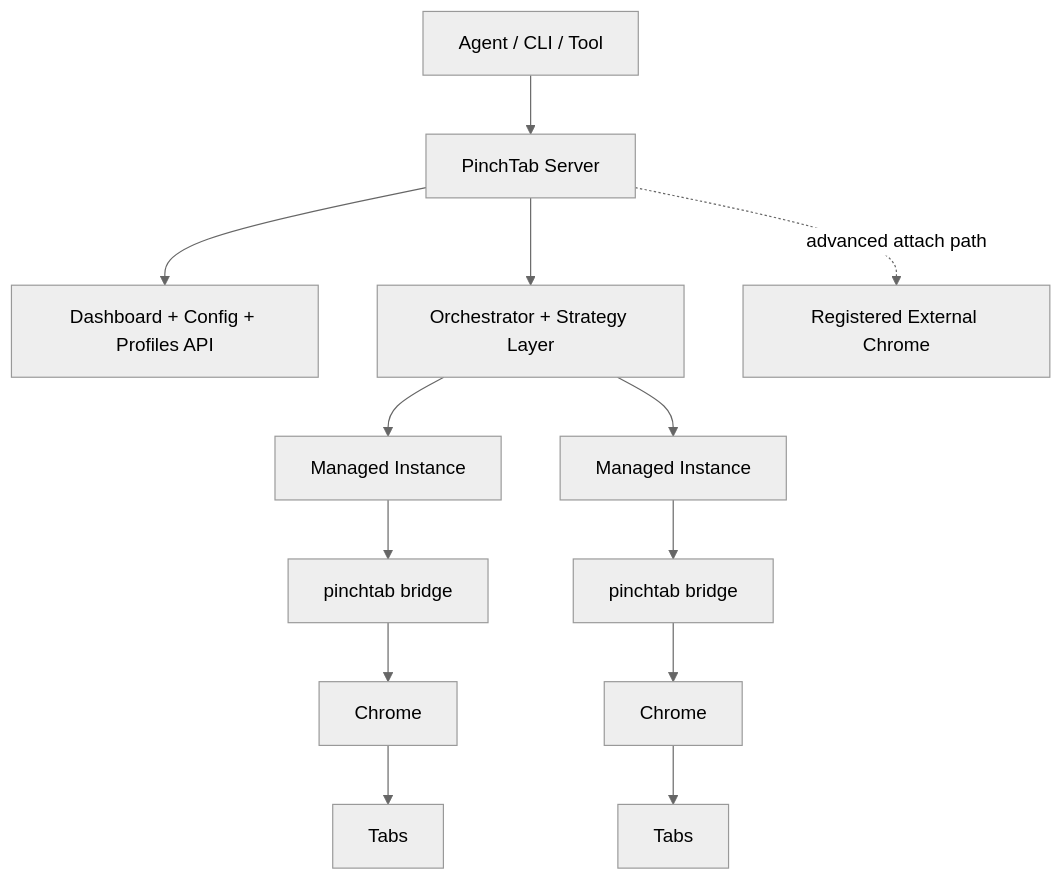
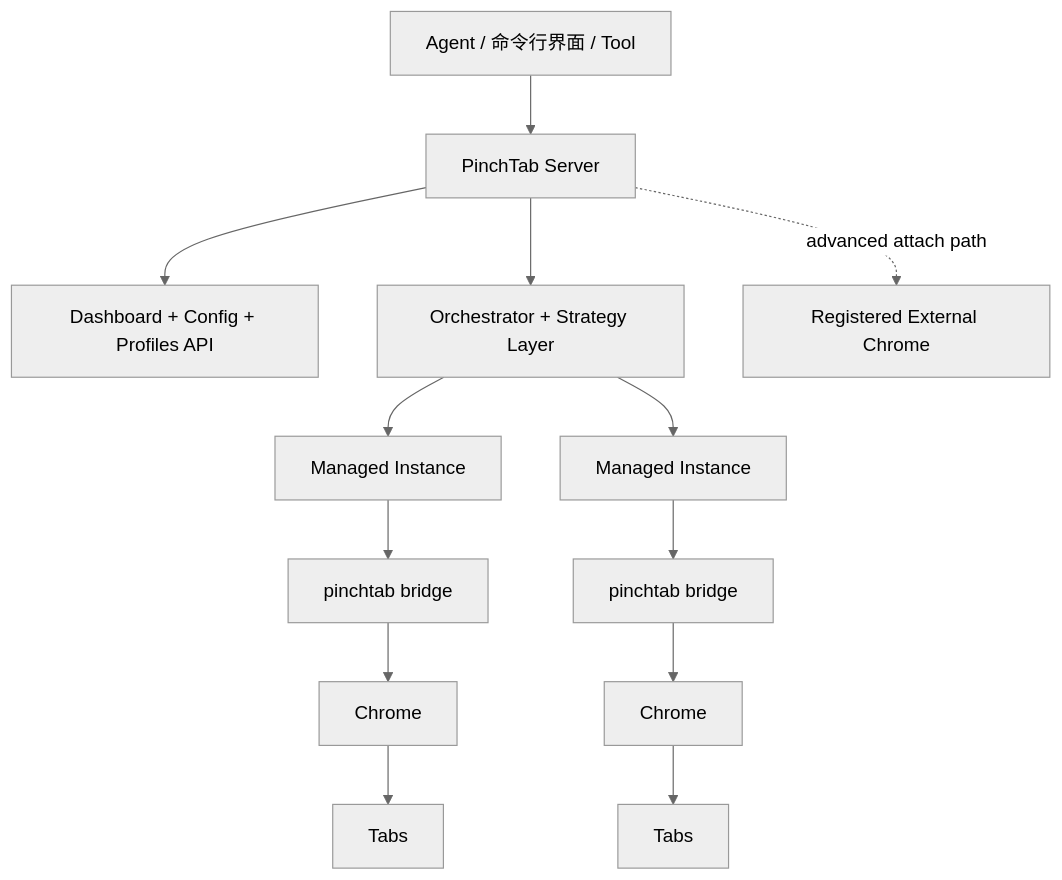
One commit to josephGuo/pinchtab changed the first of 4 diagrams in docs/architecture/system-charts_zh.md. Above: the diagram before and after it, drawn with Mermaid (neutral theme). The commit also changed other lines of this file and 83 other files, not shown here.

````diff
--- a/docs/architecture/system-charts_zh.md
+++ b/docs/architecture/system-charts_zh.md
@@ -7,21 +7,21 @@
 ```mermaid
 flowchart TD
-    U["Agent / CLI / Tool"] --> S["PinchTab Server"]
+    U["Agent / 命令行界面 / Tool"] --> S["PinchTab Server"]
 
     S --> D["Dashboard + Config + Profiles API"]
     S --> O["Orchestrator + Strategy Layer"]
 
     O --> M1["Managed Instance"]
     O --> M2["Managed Instance"]
 
     M1 --> B1["pinchtab bridge"]
     M2 --> B2["pinchtab bridge"]
 
     B1 --> C1["Chrome"]
     B2 --> C2["Chrome"]
 
     C1 --> T1["Tabs"]
     C2 --> T2["Tabs"]
 
     S -. "advanced attach path" .-> E["Registered External Chrome"]
 ```
````
